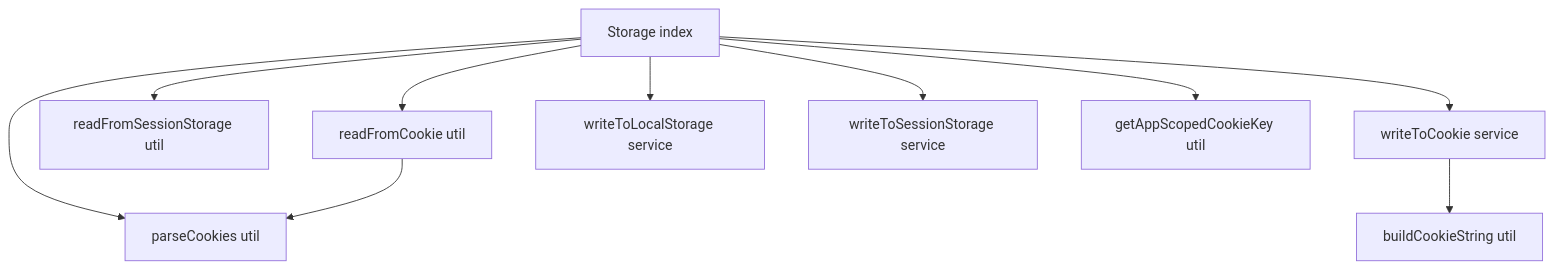
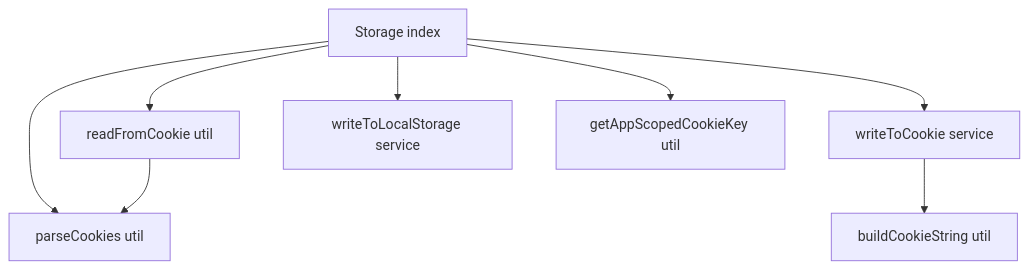
Before and after one commit to luciocabrera/lcabrera-stack: the diagram in packages/ui/src/utils/storage/ARCHITECTURE.md, drawn with Mermaid. The commit also changed other lines of this file and 15 other files, not shown here.

````diff
--- a/packages/ui/src/utils/storage/ARCHITECTURE.md
+++ b/packages/ui/src/utils/storage/ARCHITECTURE.md
@@ -37,13 +34,11 @@
 ```mermaid
 graph TD
   Index[Storage index] --> Parse[parseCookies util]
   Index --> Read[readFromCookie util]
-  Index --> ReadSession[readFromSessionStorage util]
   Index --> WriteCookie[writeToCookie service]
   Index --> WriteLocal[writeToLocalStorage service]
-  Index --> WriteSession[writeToSessionStorage service]
   Index --> ScopedKey[getAppScopedCookieKey util]
 
   WriteCookie --> BuildCookie[buildCookieString util]
   Read --> Parse
 ```
````
